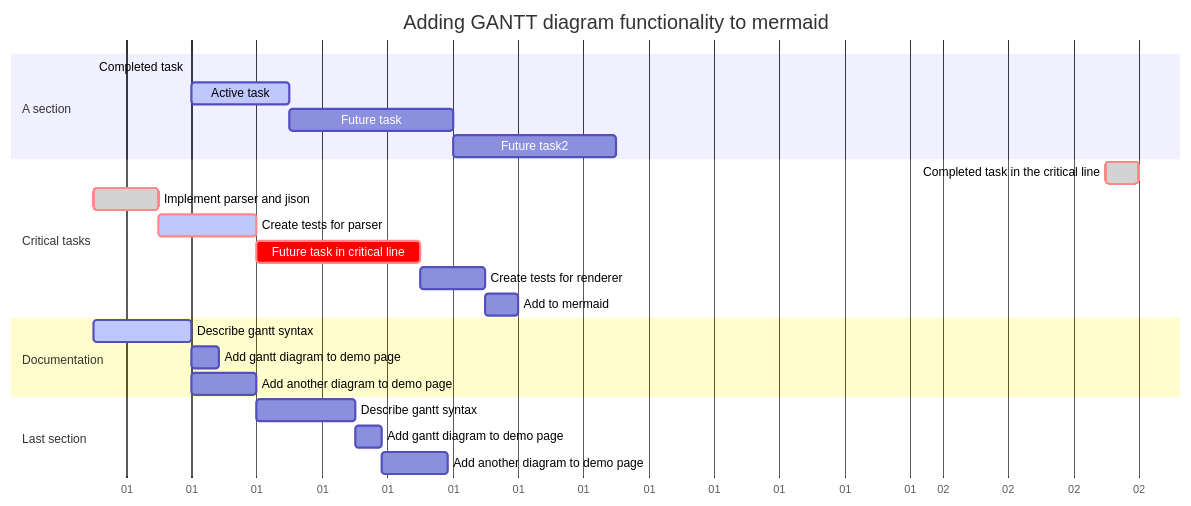
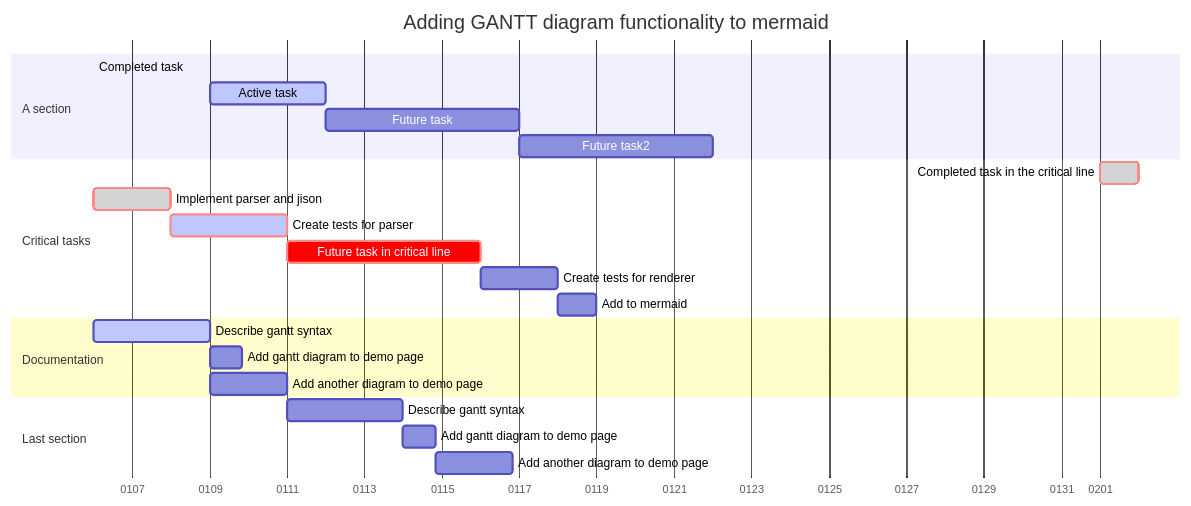
The second of 2 diagrams in Schedulecx1e.md (JaewooJoung/julia), drawn with Mermaid before and after one commit. The commit also changed other lines of this file, not shown here.

````diff
--- a/Schedulecx1e.md
+++ b/Schedulecx1e.md
@@ -17,30 +17,30 @@
 ```mermaid
 gantt
-    dateFormat  MM
-    axisFormat %m
+    dateFormat  M
+    axisFormat %m%d
     title Adding GANTT diagram functionality to mermaid
 
     section A section
     Completed task            :done,    des1, 2014-01-06,2014-01-08
     Active task               :active,  des2, 2014-01-09, 3d
     Future task               :         des3, after des2, 5d
     Future task2               :         des4, after des3, 5d
 
     section Critical tasks
-    Completed task in the critical line :crit, done, 2014-02-06,24h
+    Completed task in the critical line :crit, done, 2014-02,24h
     Implement parser and jison          :crit, done, after des1, 2d
     Create tests for parser             :crit, active, 3d
     Future task in critical line        :crit, 5d
     Create tests for renderer           :2d
     Add to mermaid                      :1d
 
     section Documentation
     Describe gantt syntax               :active, a1, after des1, 3d
     Add gantt diagram to demo page      :after a1  , 20h
     Add another diagram to demo page    :doc1, after a1  , 48h
 
     section Last section
     Describe gantt syntax               :after doc1, 3d
     Add gantt diagram to demo page      : 20h
     Add another diagram to demo page    : 48h
 ```
````
